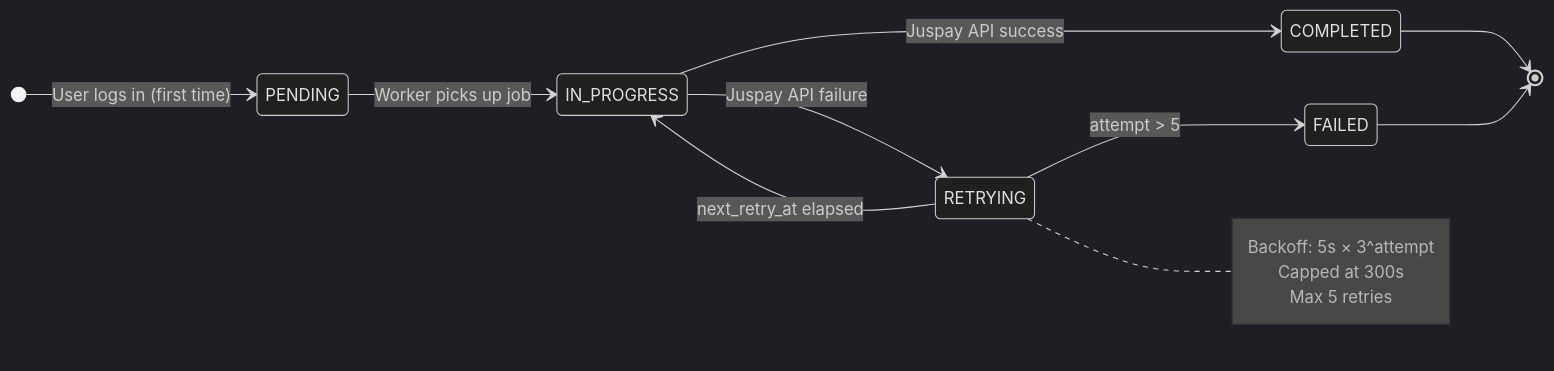
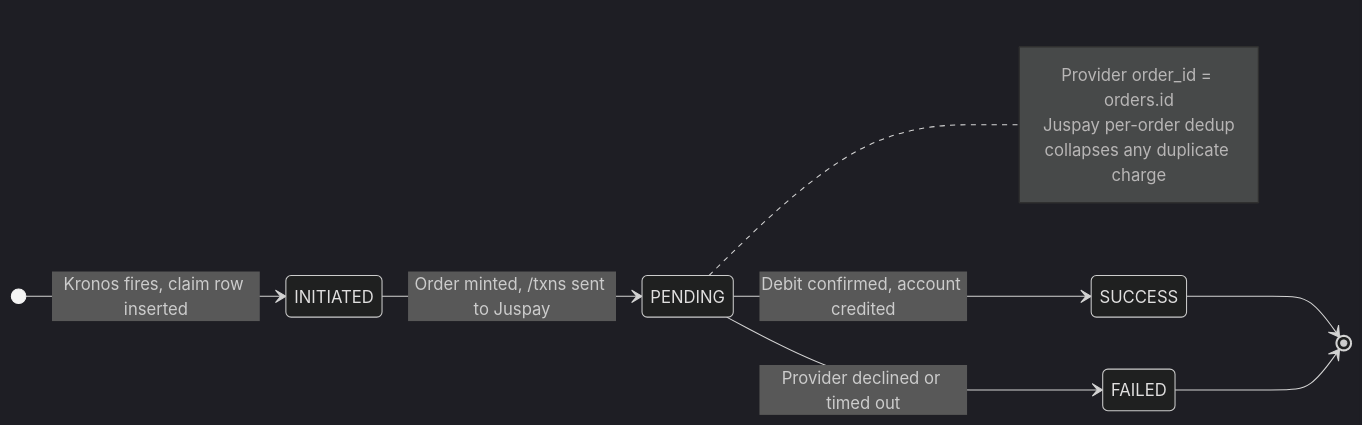
The fourth of 4 diagrams in api-reference/architecture/system-overview.mdx (anu19981/aarokya-backend), drawn with Mermaid (dark theme) before and after one commit. The commit also changed other lines of this file and 82 other files, not shown here.

````diff
--- a/api-reference/architecture/system-overview.mdx
+++ b/api-reference/architecture/system-overview.mdx
@@ -222,18 +199,16 @@
 ```mermaid
 stateDiagram-v2
     direction LR
-    [*] --> PENDING : User logs in (first time)
-    PENDING --> IN_PROGRESS : Worker picks up job
-    IN_PROGRESS --> COMPLETED : Juspay API success
-    IN_PROGRESS --> RETRYING : Juspay API failure
-    RETRYING --> IN_PROGRESS : next_retry_at elapsed
-    RETRYING --> FAILED : attempt > 5
-    COMPLETED --> [*]
+    [*] --> INITIATED : Kronos fires, claim row inserted
+    INITIATED --> PENDING : Order minted, /txns sent to Juspay
+    PENDING --> SUCCESS : Debit confirmed, account credited
+    PENDING --> FAILED : Provider declined or timed out
+    SUCCESS --> [*]
     FAILED --> [*]
 
-    note right of RETRYING
-        Backoff: 5s × 3^attempt
-        Capped at 300s
-        Max 5 retries
+    note right of PENDING
+        Provider order_id = orders.id
+        Juspay per-order dedup
+        collapses any duplicate charge
     end note
 ```
````
